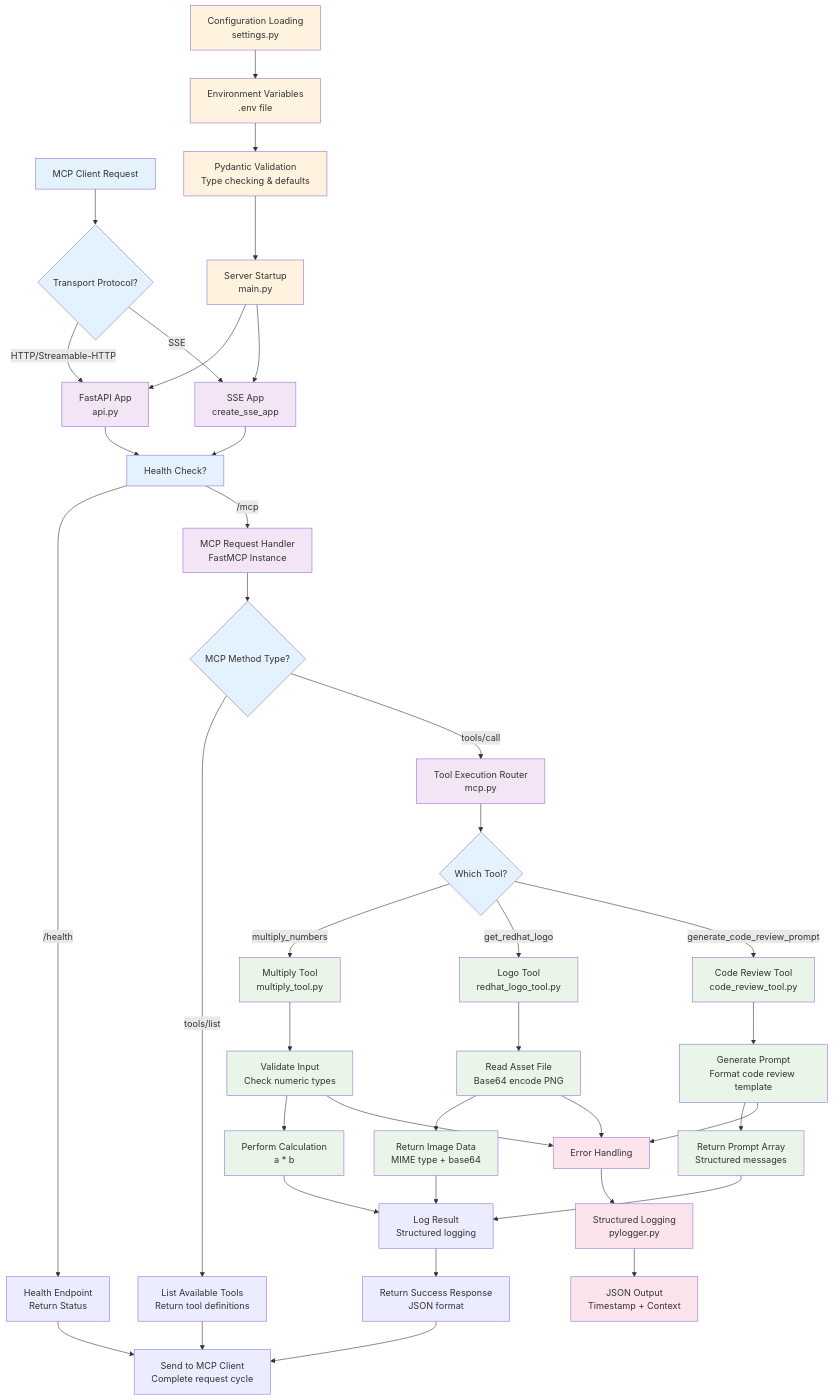
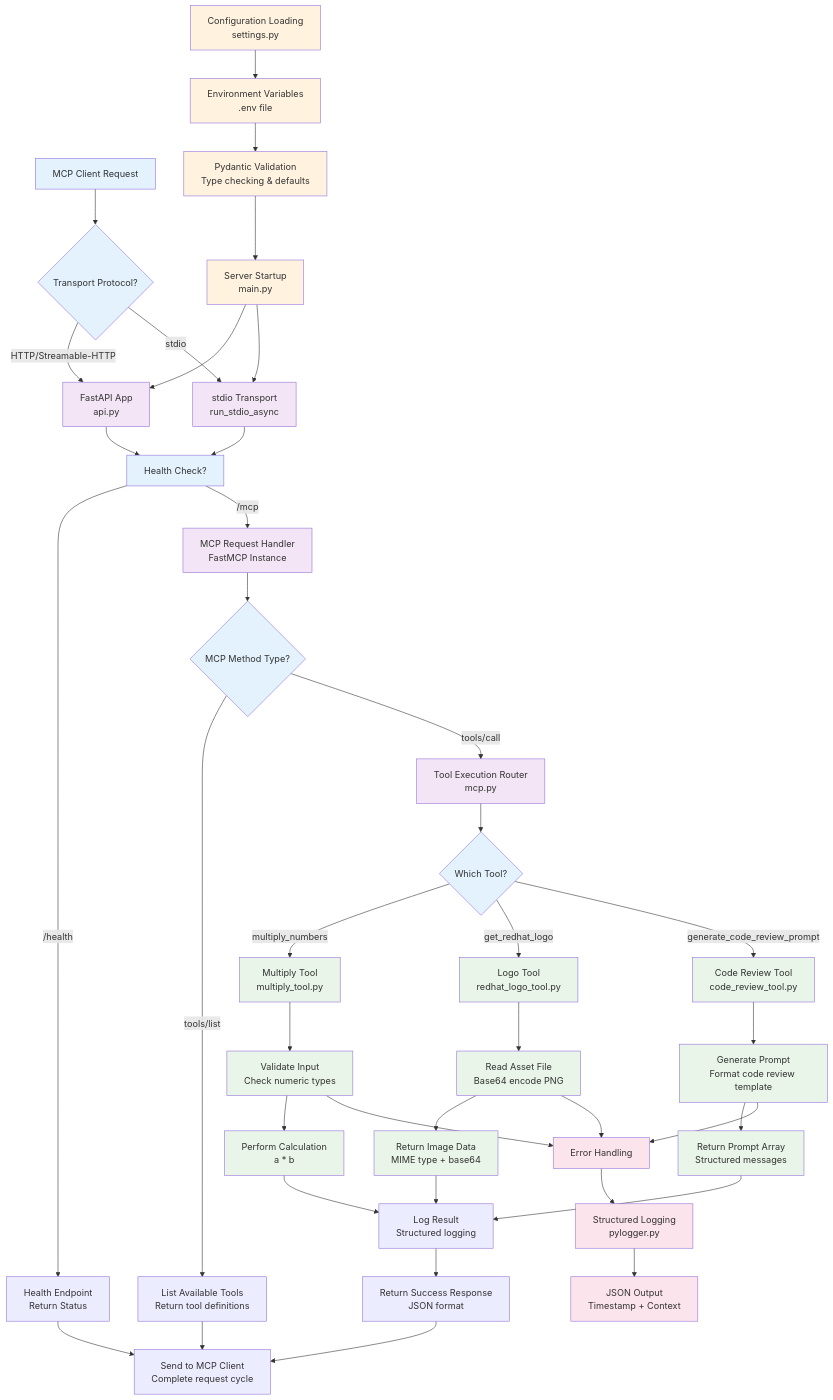
Before and after one commit to redhat-data-and-ai/template-mcp-server: the second of 2 diagrams in docs/architecture.md, drawn with Mermaid. The commit also changed other lines of this file and 12 other files, not shown here.

````diff
--- a/docs/architecture.md
+++ b/docs/architecture.md
@@ -106,68 +106,68 @@
 ```mermaid
 flowchart TD
     A[MCP Client Request] --> B{Transport Protocol?}
 
     B -->|HTTP/Streamable-HTTP| C[FastAPI App<br/>api.py]
-    B -->|SSE| D[SSE App<br/>create_sse_app]
+    B -->|stdio| D[stdio Transport<br/>run_stdio_async]
 
     C --> E[Health Check?]
     D --> E
 
     E -->|/health| F[Health Endpoint<br/>Return Status]
     E -->|/mcp| G[MCP Request Handler<br/>FastMCP Instance]
 
     G --> H{MCP Method Type?}
 
     H -->|tools/list| I[List Available Tools<br/>Return tool definitions]
     H -->|tools/call| J[Tool Execution Router<br/>mcp.py]
 
     J --> K{Which Tool?}
 
     K -->|multiply_numbers| L[Multiply Tool<br/>multiply_tool.py]
     K -->|get_redhat_logo| M[Logo Tool<br/>redhat_logo_tool.py]
     K -->|generate_code_review_prompt| N[Code Review Tool<br/>code_review_tool.py]
 
     L --> O[Validate Input<br/>Check numeric types]
     M --> P[Read Asset File<br/>Base64 encode PNG]
     N --> Q[Generate Prompt<br/>Format code review template]
 
     O --> R[Perform Calculation<br/>a * b]
     P --> S[Return Image Data<br/>MIME type + base64]
     Q --> T[Return Prompt Array<br/>Structured messages]
 
     R --> U[Log Result<br/>Structured logging]
     S --> U
     T --> U
 
     U --> V[Return Success Response<br/>JSON format]
 
     V --> W[Send to MCP Client<br/>Complete request cycle]
 
     F --> W
     I --> W
 
     X[Configuration Loading<br/>settings.py] --> Y[Environment Variables<br/>.env file]
     Y --> Z[Pydantic Validation<br/>Type checking & defaults]
     Z --> AA[Server Startup<br/>main.py]
     AA --> C
     AA --> D
 
     BB[Error Handling] --> CC[Structured Logging<br/>pylogger.py]
     CC --> DD[JSON Output<br/>Timestamp + Context]
 
     O --> BB
     P --> BB
     Q --> BB
 
     classDef request fill:#e3f2fd
     classDef routing fill:#f3e5f5
     classDef tools fill:#e8f5e8
     classDef config fill:#fff3e0
     classDef logging fill:#fce4ec
 
     class A,B,E,H,K request
     class C,D,G,J routing
     class L,M,N,O,P,Q,R,S,T tools
     class X,Y,Z,AA config
     class BB,CC,DD logging
 ```
````
